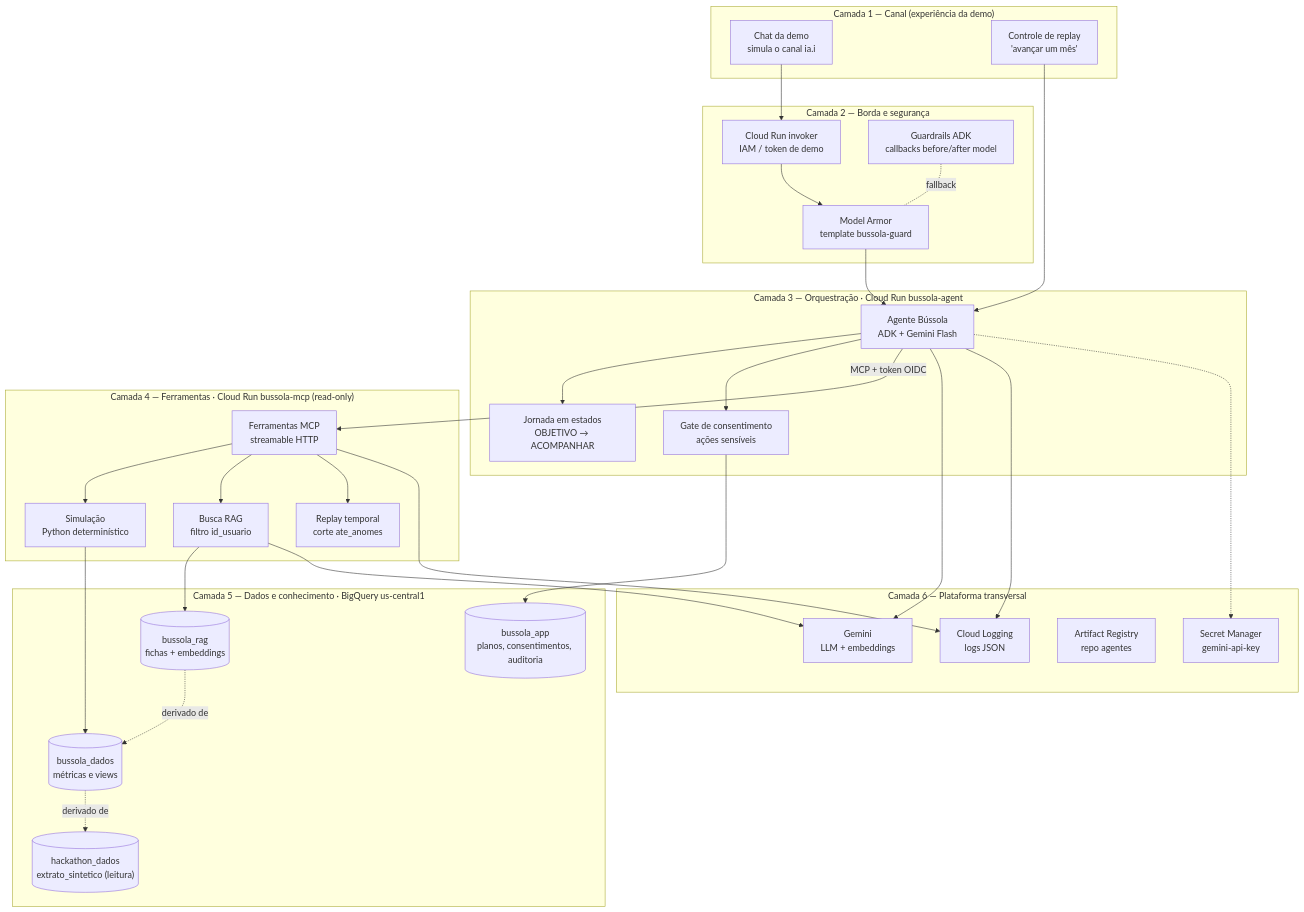
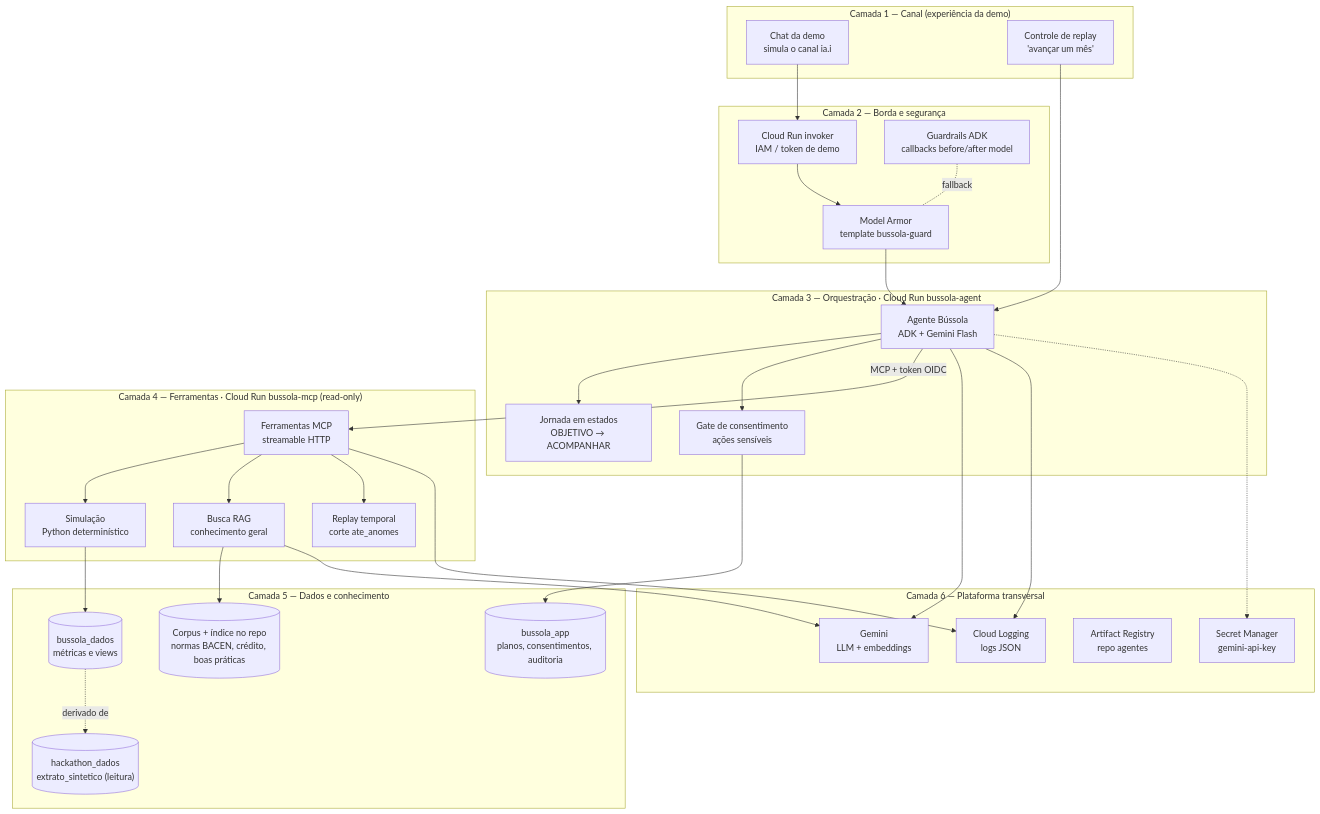
One commit to eusouakell/bussola changed the first of 2 diagrams in docs/blueprint-arquitetura.md. Above: the diagram before and after it, drawn with Mermaid. The commit also changed other lines of this file and 44 other files, not shown here.

First line of the commit message:
contracts: RAG de conhecimento no repo, sem bussola_rag (Q-17)

````diff
--- a/docs/blueprint-arquitetura.md
+++ b/docs/blueprint-arquitetura.md
@@ -10,60 +10,59 @@
 ```mermaid
 flowchart TB
     subgraph L1["Camada 1 — Canal (experiência da demo)"]
         chat["Chat da demo<br/>simula o canal ia.i"]
         replay_ui["Controle de replay<br/>'avançar um mês'"]
     end
 
     subgraph L2["Camada 2 — Borda e segurança"]
         invoker["Cloud Run invoker<br/>IAM / token de demo"]
         armor["Model Armor<br/>template bussola-guard"]
         guard["Guardrails ADK<br/>callbacks before/after model"]
     end
 
     subgraph L3["Camada 3 — Orquestração · Cloud Run bussola-agent"]
         agent["Agente Bússola<br/>ADK + Gemini Flash"]
         fsm["Jornada em estados<br/>OBJETIVO → ACOMPANHAR"]
         consent["Gate de consentimento<br/>ações sensíveis"]
     end
 
     subgraph L4["Camada 4 — Ferramentas · Cloud Run bussola-mcp (read-only)"]
         tools["Ferramentas MCP<br/>streamable HTTP"]
         sim["Simulação<br/>Python determinístico"]
-        rag["Busca RAG<br/>filtro id_usuario"]
+        rag["Busca RAG<br/>conhecimento geral"]
         cut["Replay temporal<br/>corte ate_anomes"]
     end
 
-    subgraph L5["Camada 5 — Dados e conhecimento · BigQuery us-central1"]
+    subgraph L5["Camada 5 — Dados e conhecimento"]
         raw[("hackathon_dados<br/>extrato_sintetico (leitura)")]
         dados[("bussola_dados<br/>métricas e views")]
-        ragdb[("bussola_rag<br/>fichas + embeddings")]
         app[("bussola_app<br/>planos, consentimentos, auditoria")]
+        corpus[("Corpus + índice no repo<br/>normas BACEN, crédito, boas práticas")]
     end
 
     subgraph L6["Camada 6 — Plataforma transversal"]
         gemini["Gemini<br/>LLM + embeddings"]
         secrets["Secret Manager<br/>gemini-api-key"]
         ar["Artifact Registry<br/>repo agentes"]
         logs["Cloud Logging<br/>logs JSON"]
     end
 
     chat --> invoker --> armor --> agent
     guard -.fallback.- armor
     replay_ui --> agent
     agent --> fsm
     agent --> consent
     agent -->|MCP + token OIDC| tools
     tools --> sim
     tools --> rag
     tools --> cut
     sim --> dados
-    rag --> ragdb
+    rag --> corpus
     dados -.derivado de.-> raw
-    ragdb -.derivado de.-> dados
     consent --> app
     agent --> gemini
     rag --> gemini
     agent --> logs
     tools --> logs
     agent -.-> secrets
 ```
````
